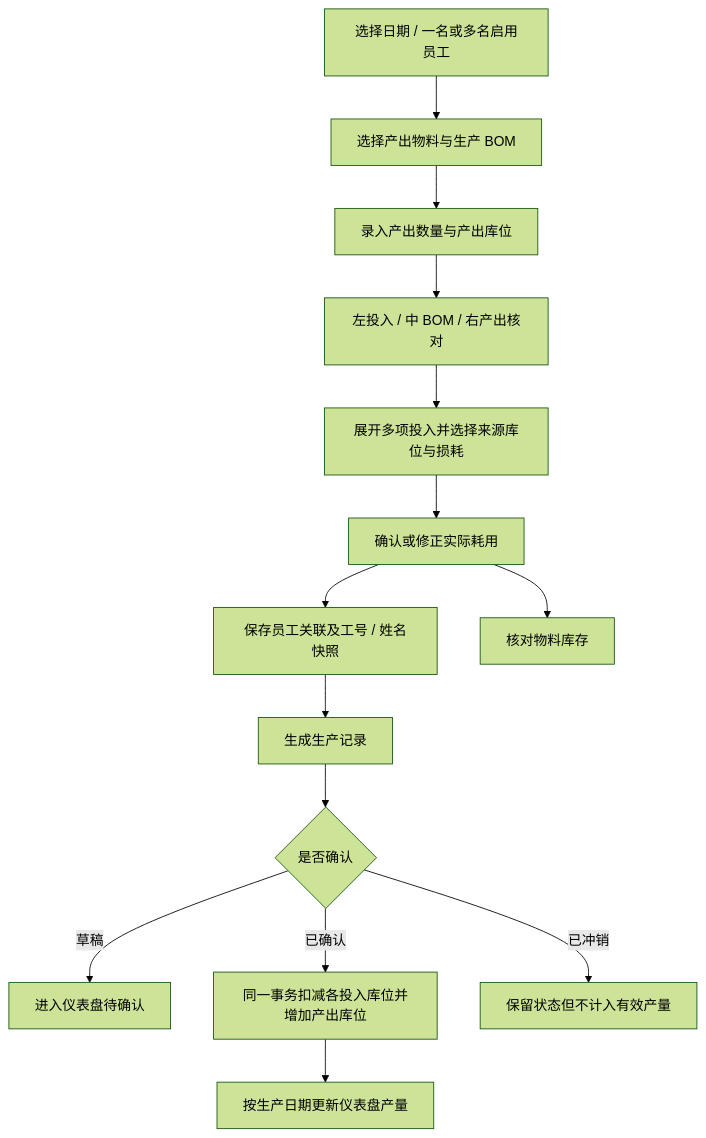
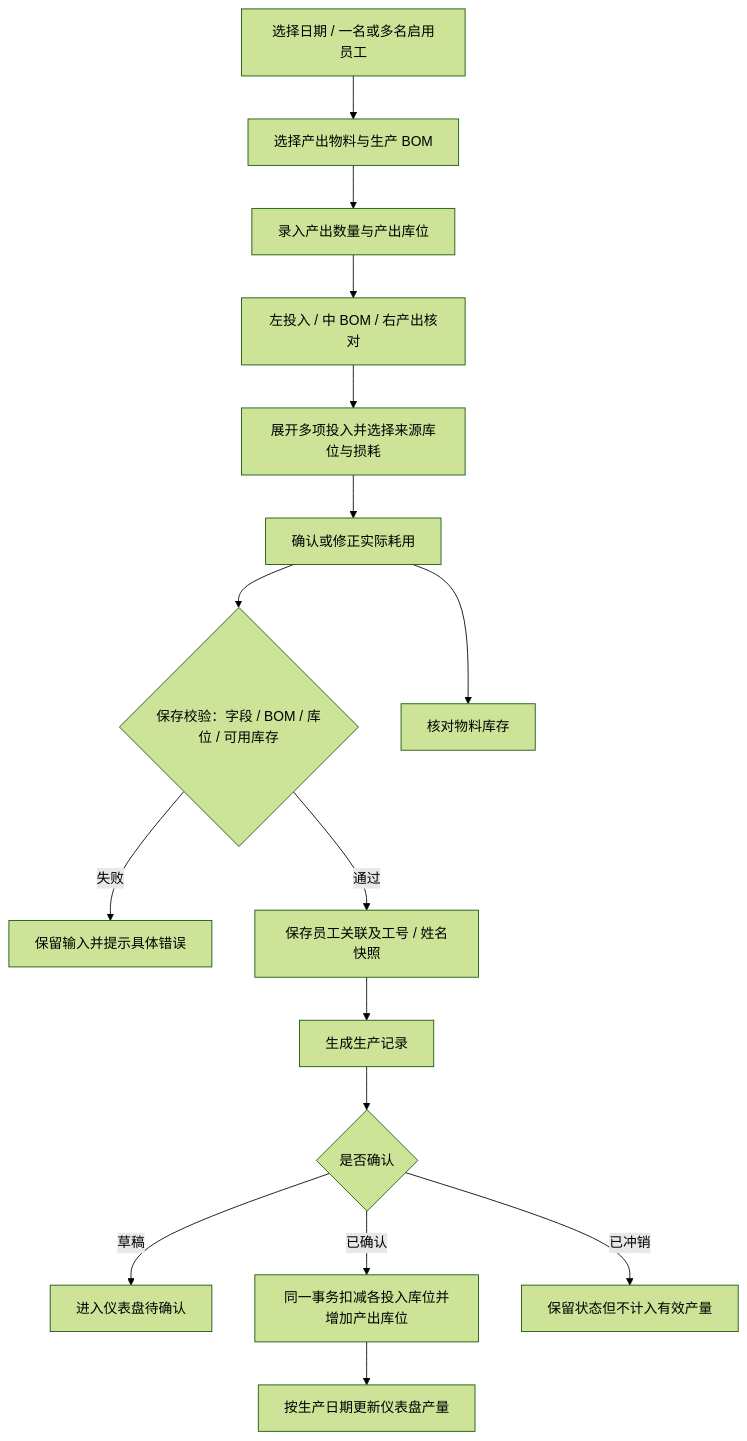
The tenth of 17 diagrams in docs/minierp/system-function-flow.md (goldf2/mes-lite), drawn with Mermaid (forest theme) before and after one commit. The commit also changed other lines of this file and 12 other files, not shown here.

````diff
--- a/docs/minierp/system-function-flow.md
+++ b/docs/minierp/system-function-flow.md
@@ -339,16 +339,18 @@
 ```mermaid
 flowchart TD
   A["选择日期 / 一名或多名启用员工"] --> B["选择产出物料与生产 BOM"]
   B --> C["录入产出数量与产出库位"]
   C --> D["左投入 / 中 BOM / 右产出核对"]
   D --> E["展开多项投入并选择来源库位与损耗"]
   E --> I["确认或修正实际耗用"]
-  I --> J["保存员工关联及工号 / 姓名快照"]
+  I --> V{"保存校验：字段 / BOM / 库位 / 可用库存"}
+  V -->|失败| X["保留输入并提示具体错误"]
+  V -->|通过| J["保存员工关联及工号 / 姓名快照"]
   J --> F["生成生产记录"]
   F --> K{"是否确认"}
   K -->|草稿| L["进入仪表盘待确认"]
   K -->|已确认| N["同一事务扣减各投入库位并增加产出库位"]
   N --> G["按生产日期更新仪表盘产量"]
   K -->|已冲销| M["保留状态但不计入有效产量"]
   I --> H["核对物料库存"]
 ```
````
